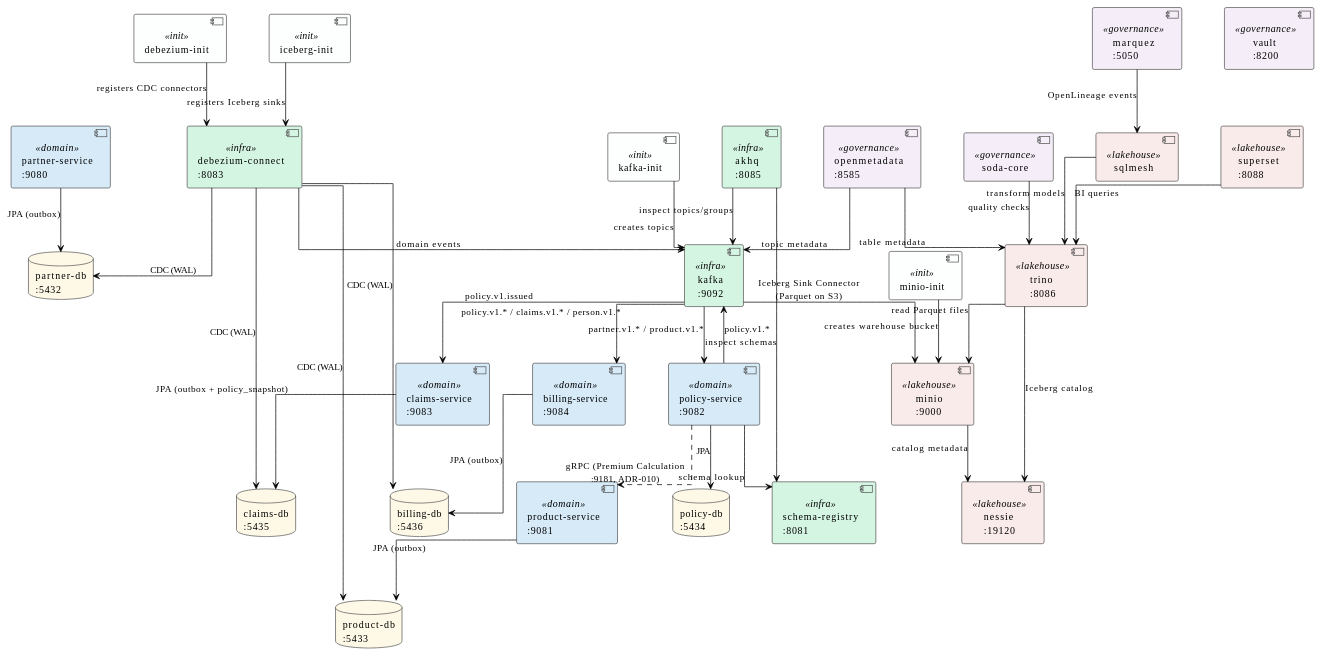
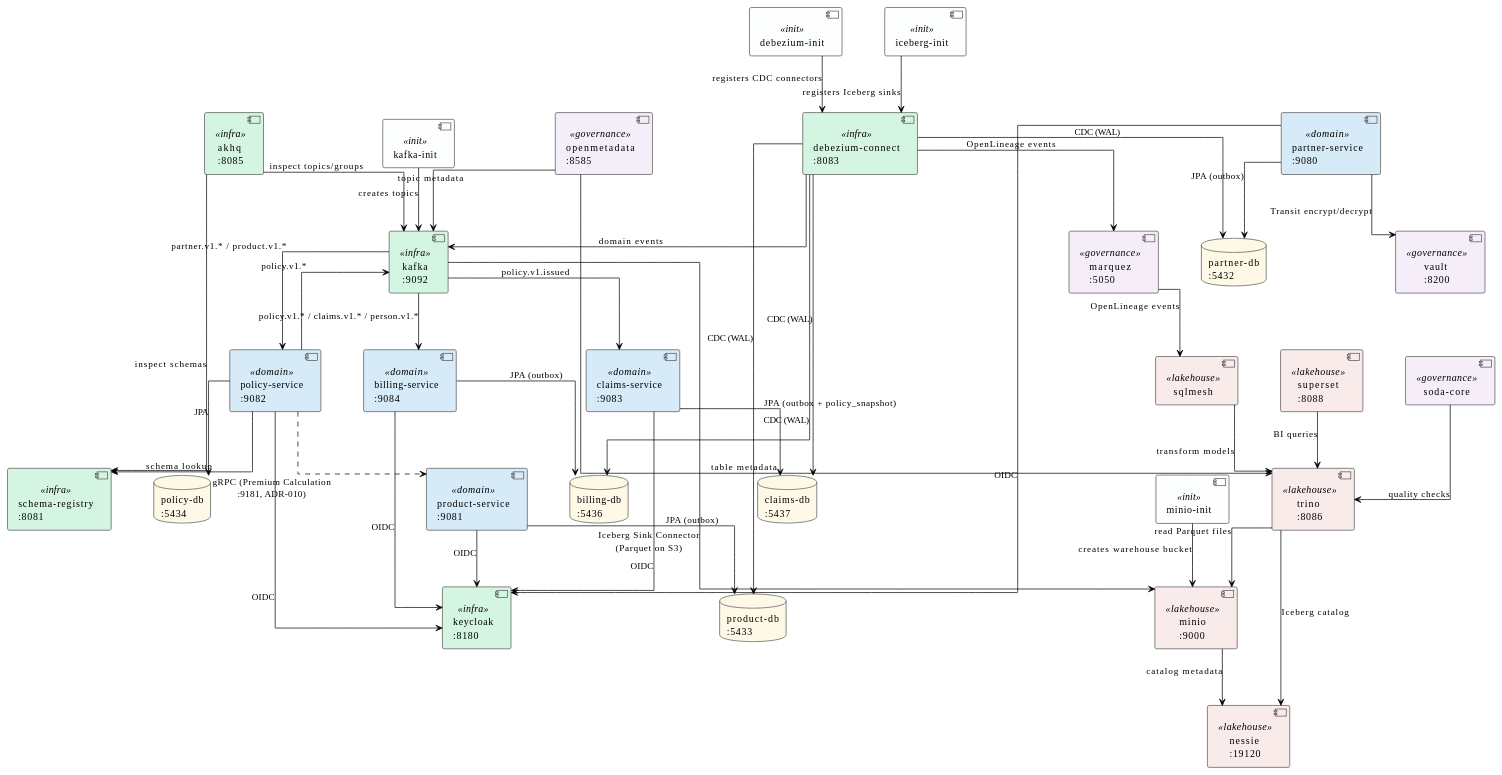
The diagram in docs/services-overview.md (LukasW/datamesh), drawn with PlantUML before and after one commit. The commit also changed other lines of this file and 66 other files, not shown here.

```diff
--- a/docs/services-overview.md
+++ b/docs/services-overview.md
@@ -108,6 +111,7 @@
 component "schema-registry\n:8081" <<infra>>      as SR
 component "akhq\n:8085"            <<infra>>      as AKHQ
 component "debezium-connect\n:8083" <<infra>>     as DBZ
+component "keycloak\n:8180"        <<infra>>      as KC
 
 ' ── Init Jobs ─────────────────────────────────────────────────────────
 component "kafka-init"    <<init>> as KINIT
@@ -119,7 +123,7 @@
 database "partner-db\n:5432"  as PDB
 database "product-db\n:5433"  as PRDB
 database "policy-db\n:5434"   as POLDB
-database "claims-db\n:5435"   as CLMDB
+database "claims-db\n:5437"   as CLMDB
 database "billing-db\n:5436"  as BILDB
 
 ' ── Domain Services ───────────────────────────────────────────────────
@@ -155,6 +159,16 @@
 CLMS --> CLMDB : JPA (outbox + policy_snapshot)
 BILS --> BILDB : JPA (outbox)
 
+' ── Domain → Keycloak (OIDC) ─────────────────────────────────────────
+PS   --> KC : OIDC
+PRS  --> KC : OIDC
+POLS --> KC : OIDC
+CLMS --> KC : OIDC
+BILS --> KC : OIDC
+
+' ── Domain → Vault (Crypto-Shredding) ───────────────────────────────
+PS --> VAULT : Transit encrypt/decrypt
+
 ' ── CDC: DB → Kafka via Debezium ──────────────────────────────────────
 DBZ --> PDB   : CDC (WAL)
 DBZ --> PRDB  : CDC (WAL)
@@ -185,6 +199,7 @@
 OMD  --> KAFKA  : topic metadata
 OMD  --> TRINO  : table metadata
 MRQ  --> SQLMESH : OpenLineage events
+DBZ  --> MRQ    : OpenLineage events
 SODA --> TRINO  : quality checks
 
 ' ── Schema Registry ───────────────────────────────────────────────────
```
